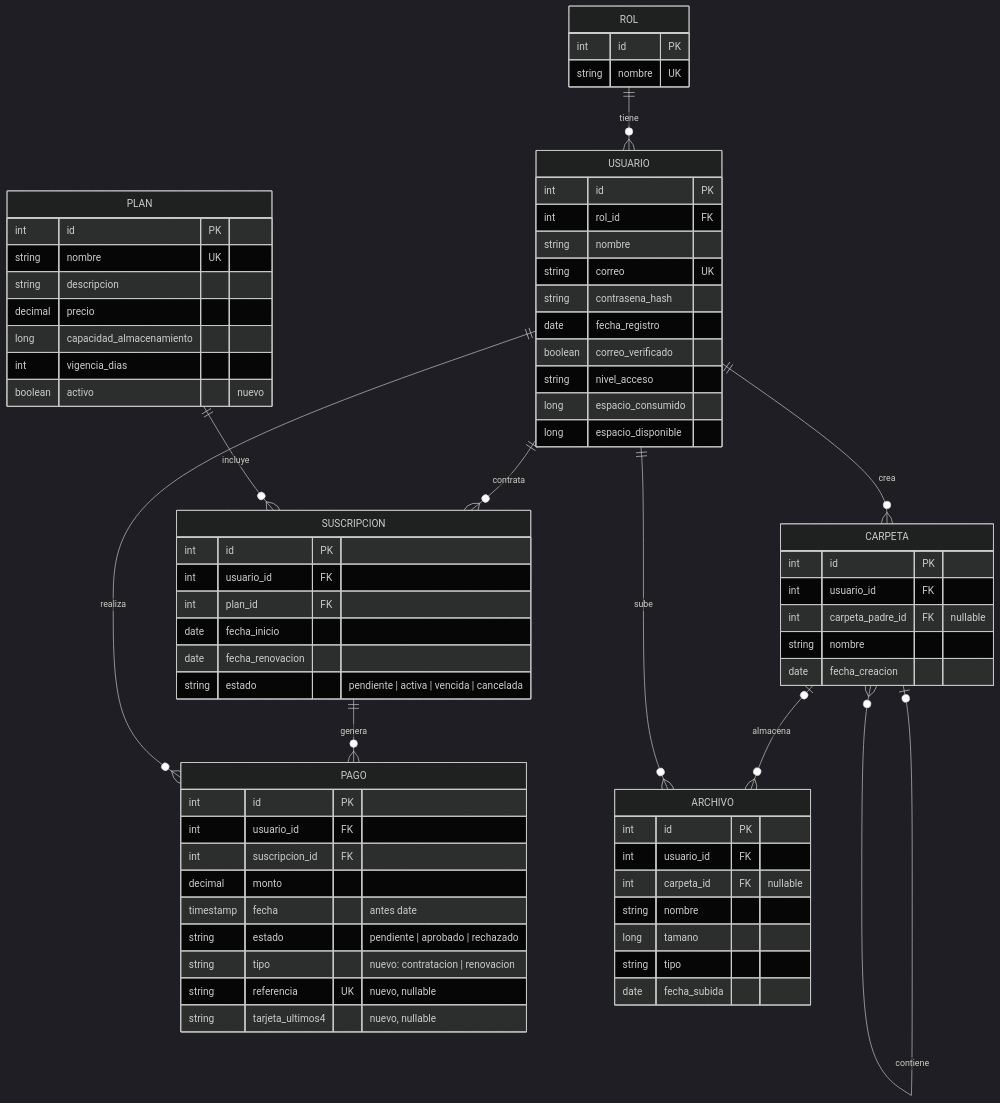
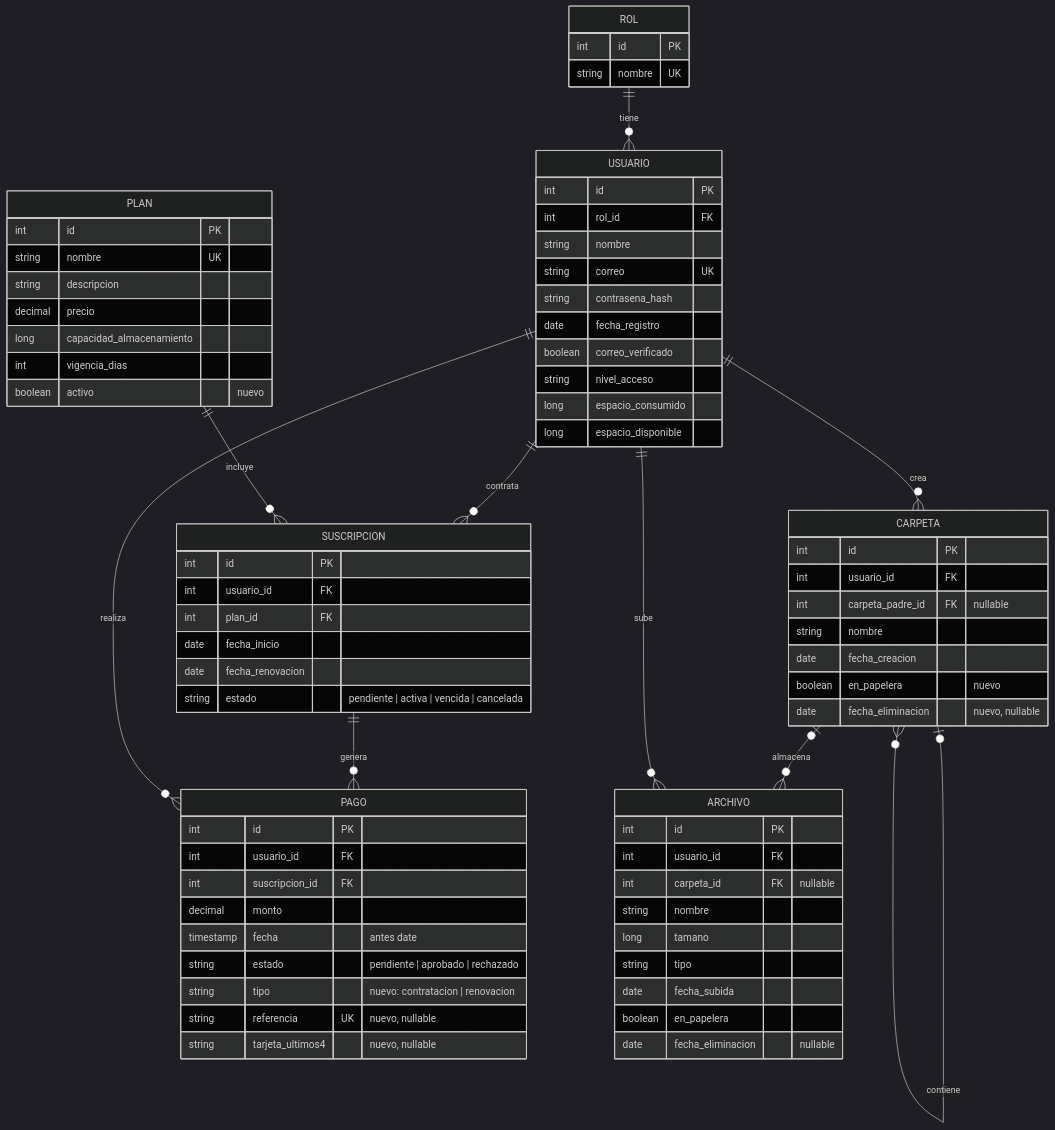
One commit to JFernn4/Servicio-de-Almacenamiento changed the diagram in docs/02-diseno/database/modeloRelacional.mmd. Above: the diagram before and after it, drawn with Mermaid (dark theme). The commit also changed 8 other files, not shown here.

```diff
--- a/docs/02-diseno/database/modeloRelacional.mmd
+++ b/docs/02-diseno/database/modeloRelacional.mmd
@@ -1,79 +1,83 @@
 %% Modelo relacional de VinCloud (fuente del diagrama modeloRelacional.png)
 %% Editar este archivo y regenerar el PNG en https://mermaid.live
 erDiagram
     ROL ||--o{ USUARIO : "tiene"
     USUARIO ||--o{ SUSCRIPCION : "contrata"
     PLAN ||--o{ SUSCRIPCION : "incluye"
     SUSCRIPCION ||--o{ PAGO : "genera"
     USUARIO ||--o{ PAGO : "realiza"
     USUARIO ||--o{ CARPETA : "crea"
     CARPETA |o--o{ CARPETA : "contiene"
     CARPETA |o--o{ ARCHIVO : "almacena"
     USUARIO ||--o{ ARCHIVO : "sube"
 
     ROL {
         int id PK
         string nombre UK
     }
 
     USUARIO {
         int id PK
         int rol_id FK
         string nombre
         string correo UK
         string contrasena_hash
         date fecha_registro
         boolean correo_verificado
         string nivel_acceso
         long espacio_consumido
         long espacio_disponible
     }
 
     PLAN {
         int id PK
         string nombre UK
         string descripcion
         decimal precio
         long capacidad_almacenamiento
         int vigencia_dias
         boolean activo "nuevo"
     }
 
     SUSCRIPCION {
         int id PK
         int usuario_id FK
         int plan_id FK
         date fecha_inicio
         date fecha_renovacion
         string estado "pendiente | activa | vencida | cancelada"
     }
 
     PAGO {
         int id PK
         int usuario_id FK
         int suscripcion_id FK
         decimal monto
         timestamp fecha "antes date"
         string estado "pendiente | aprobado | rechazado"
         string tipo "nuevo: contratacion | renovacion"
         string referencia UK "nuevo, nullable"
         string tarjeta_ultimos4 "nuevo, nullable"
     }
 
     CARPETA {
         int id PK
         int usuario_id FK
         int carpeta_padre_id FK "nullable"
         string nombre
         date fecha_creacion
+        boolean en_papelera "nuevo"
+        date fecha_eliminacion "nuevo, nullable"
     }
 
     ARCHIVO {
         int id PK
         int usuario_id FK
         int carpeta_id FK "nullable"
         string nombre
         long tamano
         string tipo
         date fecha_subida
+        boolean en_papelera
+        date fecha_eliminacion "nullable"
     }
```
